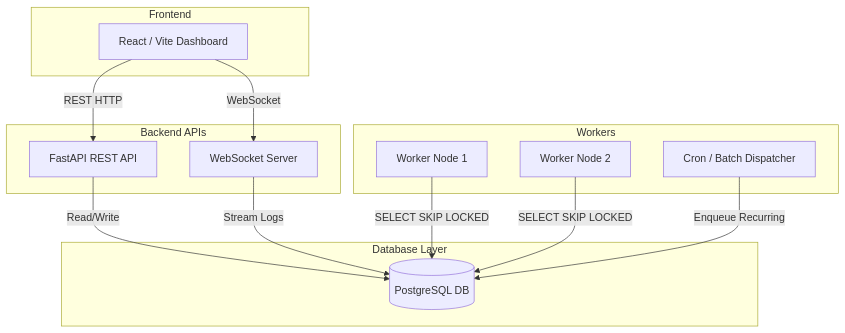
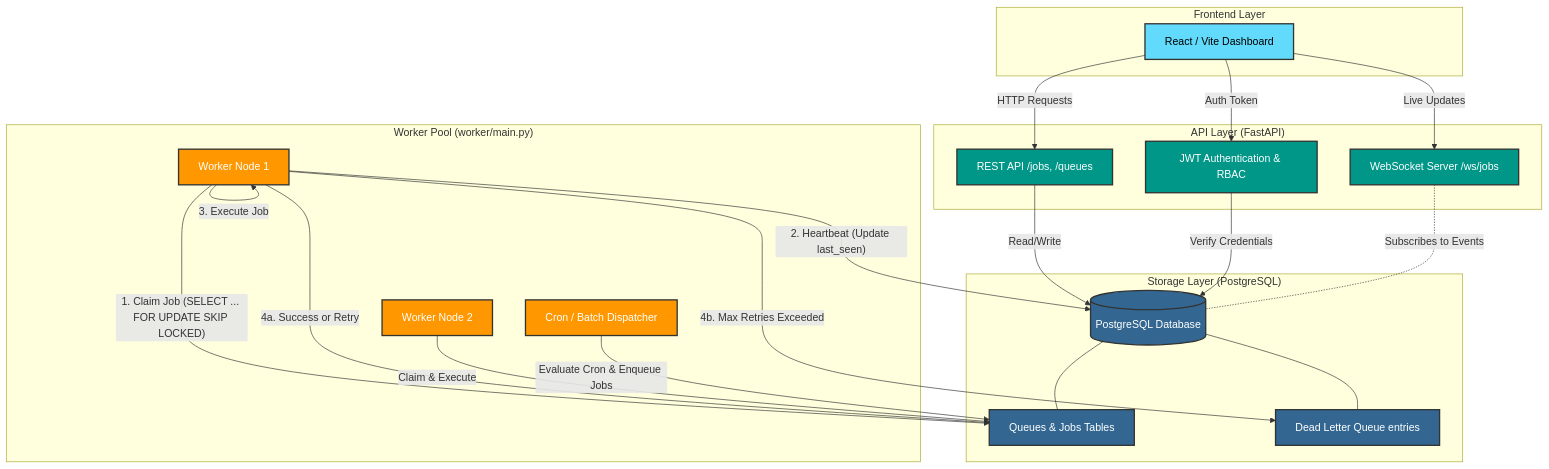
The first of 2 diagrams in project_submission.md (varun75405/Codity), drawn with Mermaid before and after one commit. The commit also changed other lines of this file and 2 other files, not shown here.

Commit message:
Enhance documentation diagrams with strict accurate Mermaid syntax

````diff
--- a/project_submission.md
+++ b/project_submission.md
@@ -16,29 +16,58 @@
 ```mermaid
 graph TD
-    subgraph Frontend
-        A[React / Vite Dashboard]
+    subgraph Frontend["Frontend Layer"]
+        UI[React / Vite Dashboard]
     end
 
-    subgraph Backend APIs
-        B[FastAPI REST API]
-        C[WebSocket Server]
+    subgraph Backend["API Layer (FastAPI)"]
+        API[REST API /jobs, /queues]
+        Auth[JWT Authentication & RBAC]
+        WS[WebSocket Server /ws/jobs]
     end
 
-    subgraph Workers
-        D[Worker Node 1]
-        E[Worker Node 2]
-        F[Cron / Batch Dispatcher]
+    subgraph Execution["Worker Pool (worker/main.py)"]
+        W1[Worker Node 1]
+        W2[Worker Node 2]
+        Dispatcher[Cron / Batch Dispatcher]
     end
 
-    subgraph Database Layer
-        G[(PostgreSQL DB)]
+    subgraph Database["Storage Layer (PostgreSQL)"]
+        DB[(PostgreSQL Database)]
+        Q_Table[Queues & Jobs Tables]
+        DLQ_Table[Dead Letter Queue entries]
     end
 
-    A -- REST HTTP --> B
-    A -- WebSocket --> C
-    B -- Read/Write --> G
-    C -- Stream Logs --> G
-    D -- SELECT SKIP LOCKED --> G
-    E -- SELECT SKIP LOCKED --> G
-    F -- Enqueue Recurring --> G
+    %% Frontend to Backend Connections
+    UI -- HTTP Requests --> API
+    UI -- Auth Token --> Auth
+    UI -- Live Updates --> WS
+
+    %% Backend to Database Connections
+    API -- Read/Write --> DB
+    Auth -- Verify Credentials --> DB
+    WS -. Subscribes to Events .- DB
+
+    %% Worker Operations
+    W1 -- "1. Claim Job (SELECT ... FOR UPDATE SKIP LOCKED)" --> Q_Table
+    W1 -- "2. Heartbeat (Update last_seen)" --> DB
+    W1 -- "3. Execute Job" --> W1
+    W1 -- "4a. Success or Retry" --> Q_Table
+    W1 -- "4b. Max Retries Exceeded" --> DLQ_Table
+
+    W2 -- "Claim & Execute" --> Q_Table
+    
+    Dispatcher -- "Evaluate Cron & Enqueue Jobs" --> Q_Table
+
+    DB --- Q_Table
+    DB --- DLQ_Table
+
+    classDef frontend fill:#61dafb,stroke:#333,stroke-width:2px,color:#000;
+    classDef backend fill:#009688,stroke:#333,stroke-width:2px,color:#fff;
+    classDef db fill:#336791,stroke:#333,stroke-width:2px,color:#fff;
+    classDef worker fill:#ff9800,stroke:#333,stroke-width:2px,color:#fff;
+
+    class UI frontend;
+    class API,Auth,WS backend;
+    class DB,Q_Table,DLQ_Table db;
+    class W1,W2,Dispatcher worker;
 ```
````
